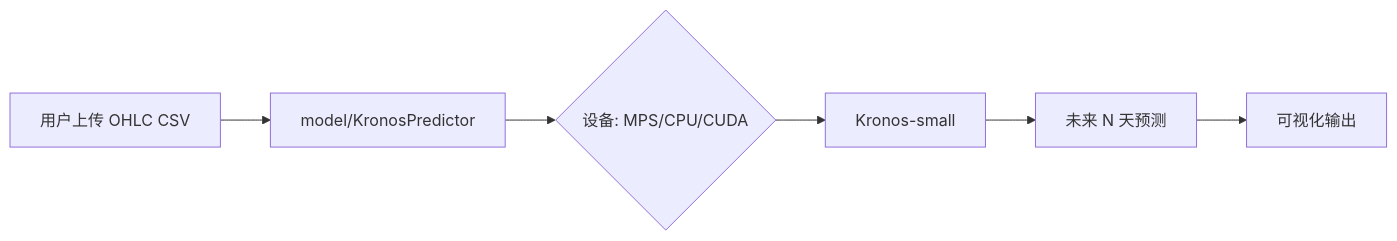
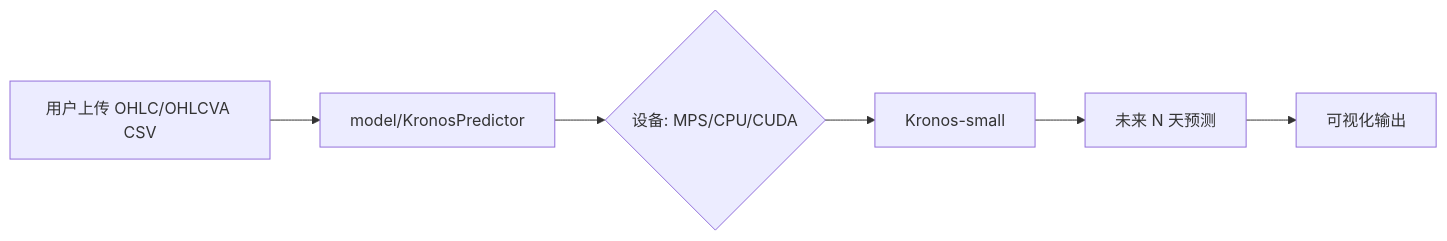
One commit to byronwang2005/Kronos-CS2-Skins-Forecast changed the diagram in README.md. Above: the diagram before and after it, drawn with Mermaid. The commit also changed other lines of this file, not shown here.

````diff
--- a/README.md
+++ b/README.md
@@ -39,8 +39,8 @@
 ```mermaid
 graph LR
-    A[用户上传 OHLC CSV] --> B[model/KronosPredictor]
+    A[用户上传 OHLC/OHLCVA CSV] --> B[model/KronosPredictor]
     B --> C{设备: MPS/CPU/CUDA}
     C --> D[Kronos-small]
     D --> E[未来 N 天预测]
     E --> F[可视化输出]
 ```
````
